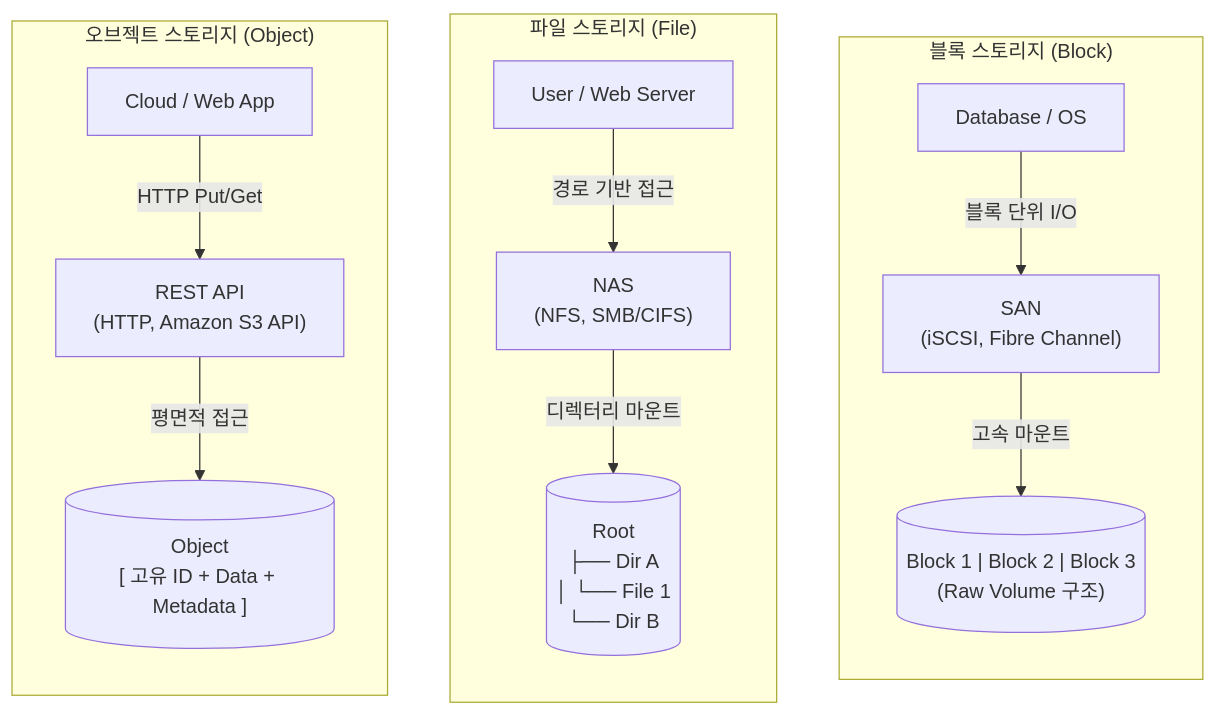
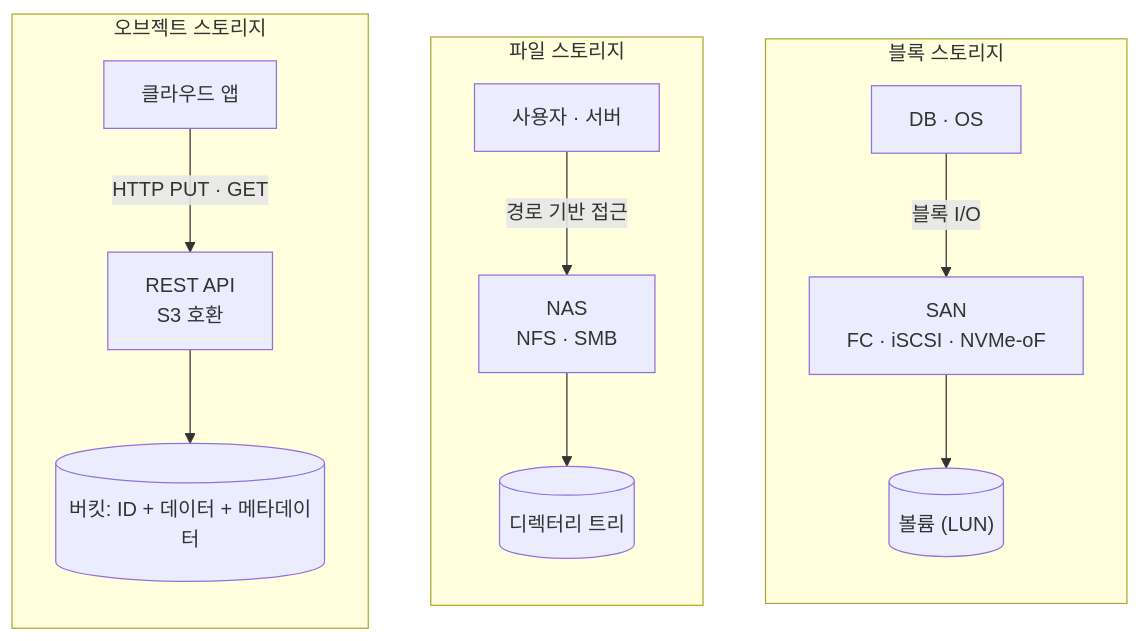
The diagram in content/01_IT Tech/스토리지 유형.md (supremethumb/supremethumb.github.io), drawn with Mermaid before and after one commit. The commit also changed other lines of this file and 1087 other files, not shown here.

````diff
--- a/content/01_IT Tech/스토리지 유형.md
+++ b/content/01_IT Tech/스토리지 유형.md
@@ -27,33 +35,15 @@
 ```mermaid
 flowchart TB
-    subgraph Block_Storage ["블록 스토리지 (Block)"]
+    subgraph B["블록 스토리지"]
         direction TB
-        B_App["Database / OS"]
-        B_Proto["SAN<br/>(iSCSI, Fibre Channel)"]
-        B_Data[("Block 1 | Block 2 | Block 3<br/>(Raw Volume 구조)")]
-        
-        B_App -->|블록 단위 I/O| B_Proto
-        B_Proto -->|고속 마운트| B_Data
+        B1["DB · OS"] -- "블록 I/O" --> B2["SAN<br/>FC · iSCSI · NVMe-oF"] --> B3[("볼륨 (LUN)")]
     end
-
-    subgraph File_Storage ["파일 스토리지 (File)"]
+    subgraph F["파일 스토리지"]
         direction TB
-        F_App["User / Web Server"]
-        F_Proto["NAS<br/>(NFS, SMB/CIFS)"]
-        F_Data[("Root<br/> ├── Dir A<br/> │   └── File 1<br/> └── Dir B")]
-        
-        F_App -->|경로 기반 접근| F_Proto
-        F_Proto -->|디렉터리 마운트| F_Data
+        F1["사용자 · 서버"] -- "경로 기반 접근" --> F2["NAS<br/>NFS · SMB"] --> F3[("디렉터리 트리")]
     end
-
-    subgraph Object_Storage ["오브젝트 스토리지 (Object)"]
+    subgraph O["오브젝트 스토리지"]
         direction TB
-        O_App["Cloud / Web App"]
-        O_Proto["REST API<br/>(HTTP, Amazon S3 API)"]
-        O_Data[("Object<br/>[ 고유 ID + Data + Metadata ]")]
-        
-        O_App -->|HTTP Put/Get| O_Proto
-        O_Proto -->|평면적 접근| O_Data
+        O1["클라우드 앱"] -- "HTTP PUT · GET" --> O2["REST API<br/>S3 호환"] --> O3[("버킷: ID + 데이터 + 메타데이터")]
     end
-
 ```
````
